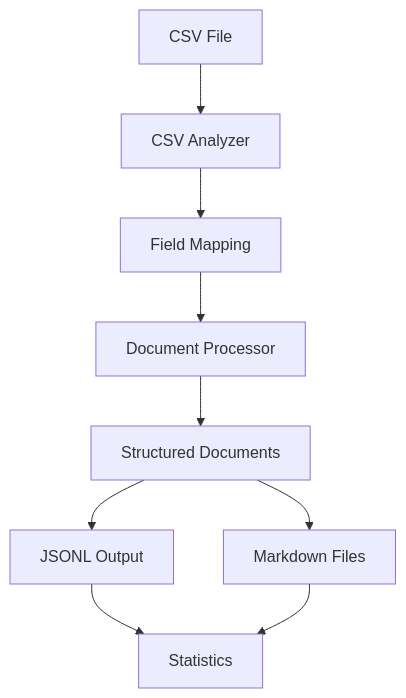
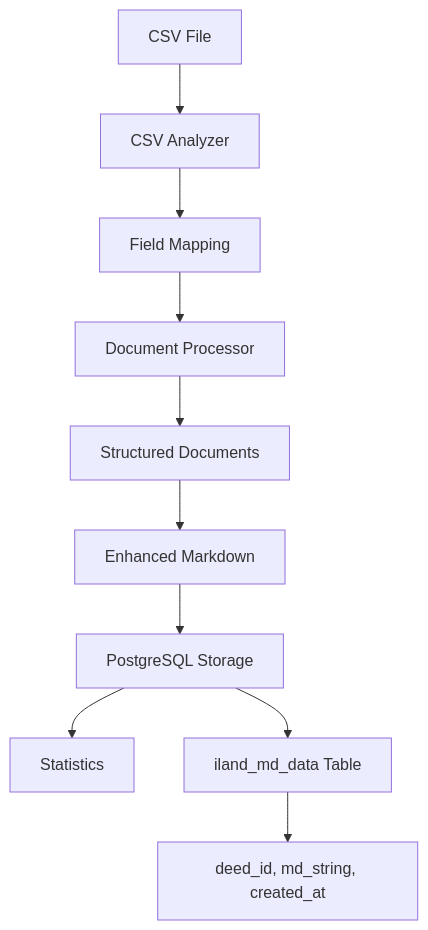
One commit to tkhongsap/llama-index-rag-pipeline changed the diagram in src-iLand/data_processing_postgres/README.md. Above: the diagram before and after it, drawn with Mermaid. The commit also changed other lines of this file and 10 other files, not shown here.

Commit message:
Add PostgreSQL pipeline documentation and testing infrastructure: Updated requirements.txt with PostgreSQL dependencies, enhanced README files for PostgreSQL focus, added Docker Compose testing setup, and comprehensive validation scripts

````diff
--- a/src-iLand/data_processing_postgres/README.md
+++ b/src-iLand/data_processing_postgres/README.md
@@ -153,11 +227,13 @@
 ```mermaid
 graph TD
     A[CSV File] --> B[CSV Analyzer]
     B --> C[Field Mapping]
     C --> D[Document Processor] 
     D --> E[Structured Documents]
-    E --> F[JSONL Output]
-    E --> G[Markdown Files]
-    F --> H[Statistics]
-    G --> H
+    E --> F[Enhanced Markdown]
+    F --> G[PostgreSQL Storage]
+    G --> H[Statistics]
+    
+    G --> G1[iland_md_data Table]
+    G1 --> G2[deed_id, md_string, created_at]
 ```
````
